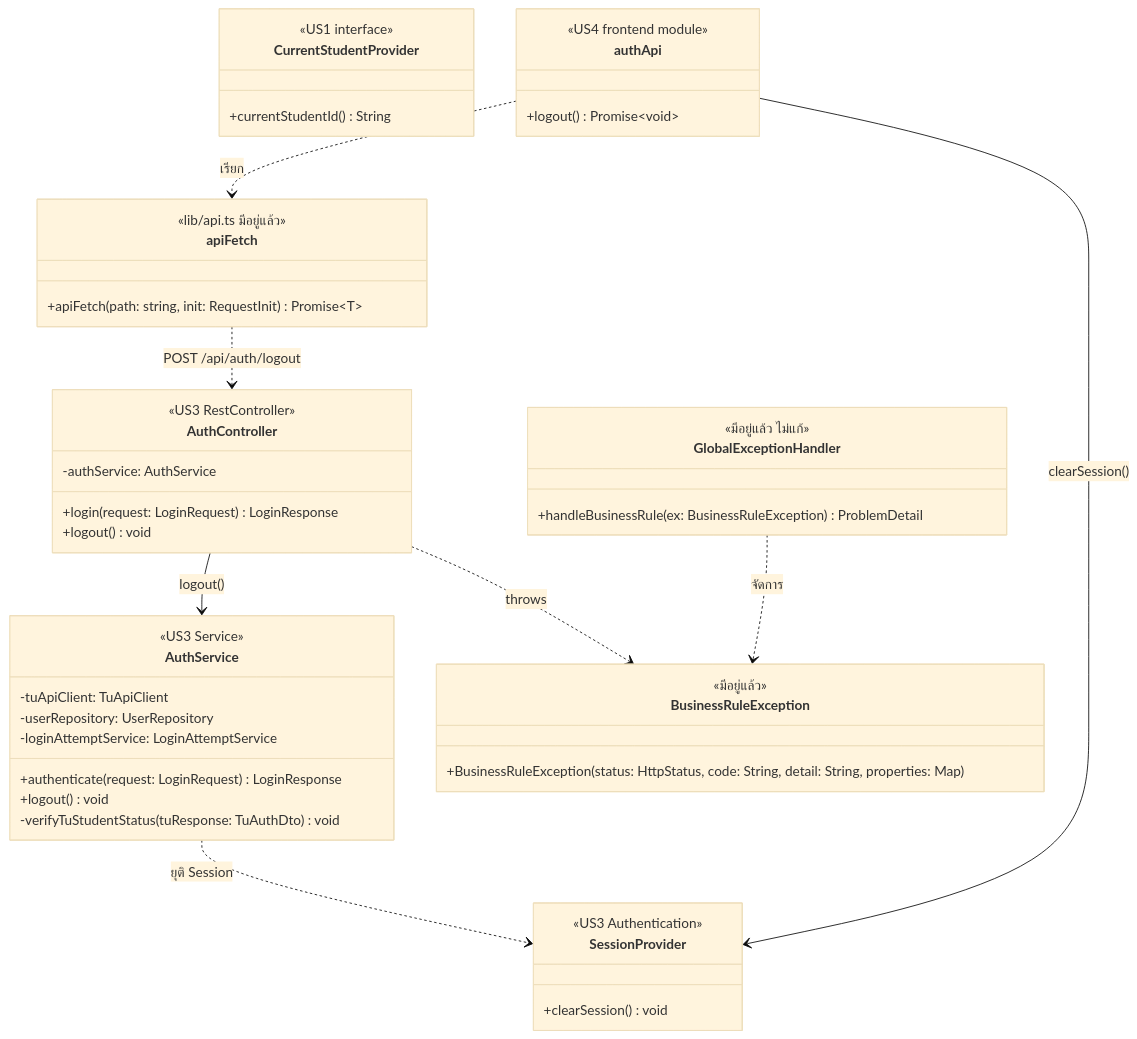
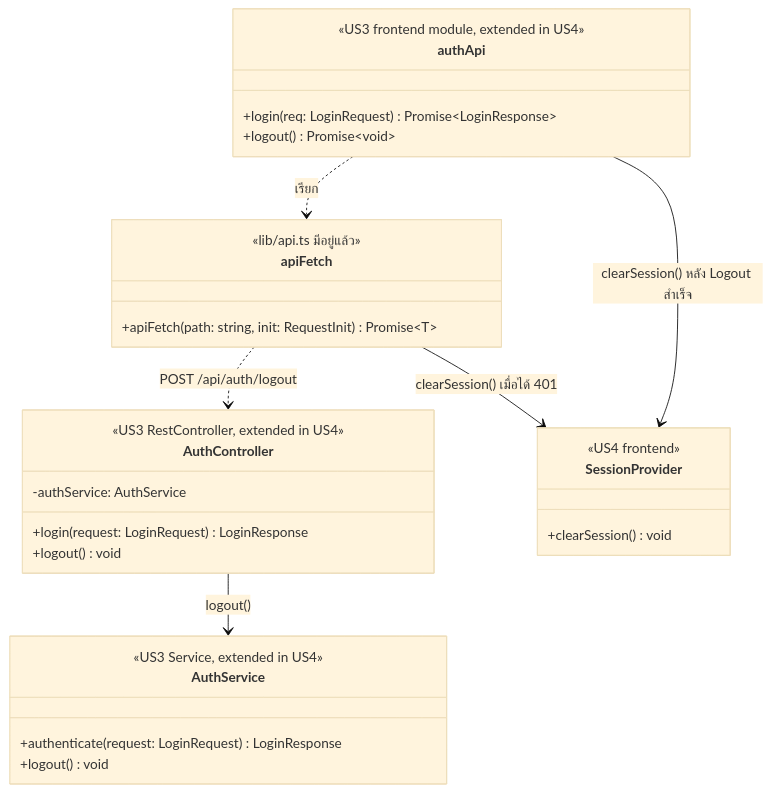
Before and after one commit to Non-Sin/CS261-G3-MockTimetableTU: the diagram in .doc/US4/T05/US4-API-Class-Diagram.md, drawn with Mermaid (base theme). The commit also changed other lines of this file, not shown here.

Commit message:
docs(US4-T05): make SessionProvider frontend-only in API class diagram

````diff
--- a/.doc/US4/T05/US4-API-Class-Diagram.md
+++ b/.doc/US4/T05/US4-API-Class-Diagram.md
@@ -5,59 +5,39 @@
 ```mermaid
 classDiagram
     direction TB
 
     class AuthController {
-        <<US3 RestController>>
+        <<US3 RestController, extended in US4>>
         -authService: AuthService
         +login(request: LoginRequest) LoginResponse
         +logout() void
     }
 
     class AuthService {
-        <<US3 Service>>
-        -tuApiClient: TuApiClient
-        -userRepository: UserRepository
-        -loginAttemptService: LoginAttemptService
+        <<US3 Service, extended in US4>>
         +authenticate(request: LoginRequest) LoginResponse
         +logout() void
-        -verifyTuStudentStatus(tuResponse: TuAuthDto) void
-    }
-
-    class CurrentStudentProvider {
-        <<US1 interface>>
-        +currentStudentId() String
-    }
-
-    class GlobalExceptionHandler {
-        <<มีอยู่แล้ว ไม่แก้>>
-        +handleBusinessRule(ex: BusinessRuleException) ProblemDetail
-    }
-
-    class BusinessRuleException {
-        <<มีอยู่แล้ว>>
-        +BusinessRuleException(status: HttpStatus, code: String, detail: String, properties: Map)
     }
 
     class authApi {
-        <<US4 frontend module>>
+        <<US3 frontend module, extended in US4>>
+        +login(req: LoginRequest) Promise~LoginResponse~
         +logout() Promise~void~
     }
 
     class apiFetch {
         <<lib/api.ts มีอยู่แล้ว>>
         +apiFetch(path: string, init: RequestInit) Promise~T~
     }
 
     class SessionProvider {
-        <<US3 Authentication>>
+        <<US4 frontend>>
         +clearSession() void
     }
 
     authApi ..> apiFetch : เรียก
     apiFetch ..> AuthController : POST /api/auth/logout
     AuthController --> AuthService : logout()
-    AuthService ..> SessionProvider : ยุติ Session
-    authApi --> SessionProvider : clearSession()
-    AuthController ..> BusinessRuleException : throws
-    GlobalExceptionHandler ..> BusinessRuleException : จัดการ
+    authApi --> SessionProvider : clearSession() หลัง Logout สำเร็จ
+    apiFetch --> SessionProvider : clearSession() เมื่อได้ 401
 ```
````
